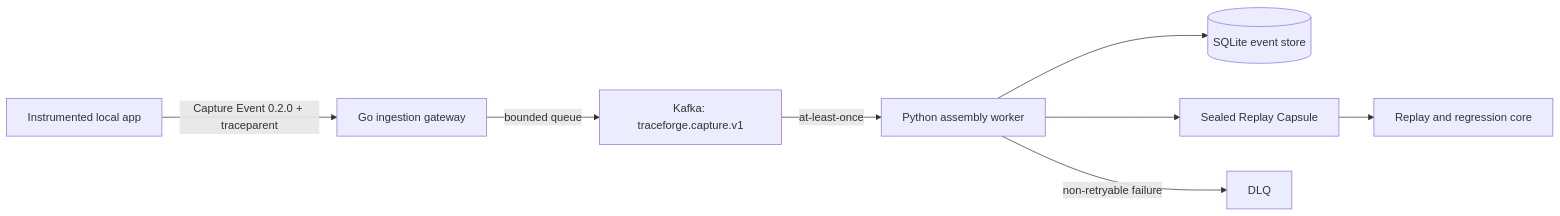
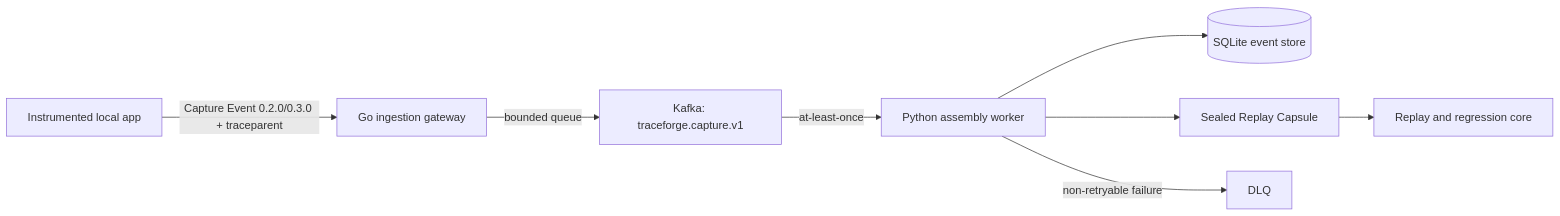
Before and after one commit to rit2001/traceforge: the second of 2 diagrams in README.md, drawn with Mermaid. The commit also changed other lines of this file and 39 other files, not shown here.

````diff
--- a/README.md
+++ b/README.md
@@ -148,10 +148,10 @@
 ```mermaid
 flowchart LR
-  A[Instrumented local app] -->|Capture Event 0.2.0 + traceparent| B[Go ingestion gateway]
+  A[Instrumented local app] -->|Capture Event 0.2.0/0.3.0 + traceparent| B[Go ingestion gateway]
   B -->|bounded queue| C[Kafka: traceforge.capture.v1]
   C -->|at-least-once| D[Python assembly worker]
   D --> E[(SQLite event store)]
   D --> F[Sealed Replay Capsule]
   D -->|non-retryable failure| G[DLQ]
   F --> H[Replay and regression core]
 ```
````
